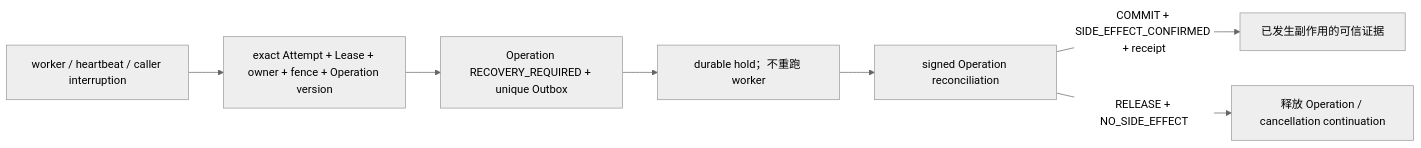
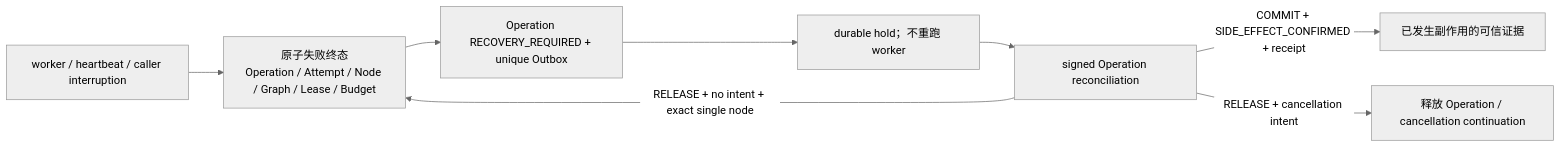
One commit to SakuraYoruno/Natsume_Ai changed the third of 23 diagrams in docs/50_project/arch/DATA_FLOW_ARCHITECTURE.md. Above: the diagram before and after it, drawn with Mermaid (neutral theme). The commit also changed other lines of this file and 26 other files, not shown here.

````diff
--- a/docs/50_project/arch/DATA_FLOW_ARCHITECTURE.md
+++ b/docs/50_project/arch/DATA_FLOW_ARCHITECTURE.md
@@ -57,9 +59,10 @@
 ```mermaid
 flowchart LR
     I["worker / heartbeat / caller interruption"] --> F["exact Attempt + Lease + owner + fence + Operation version"]
     F --> M["Operation RECOVERY_REQUIRED + unique Outbox"]
     M --> H["durable hold；不重跑 worker"]
     H --> S["signed Operation reconciliation"]
     S -->|COMMIT + SIDE_EFFECT_CONFIRMED + receipt| C["已发生副作用的可信证据"]
-    S -->|RELEASE + NO_SIDE_EFFECT| R["释放 Operation / cancellation continuation"]
+    S -->|RELEASE + cancellation intent| R["释放 Operation / cancellation continuation"]
+    S -->|RELEASE + no intent + exact single node| F["原子失败终态\nOperation / Attempt / Node / Graph / Lease / Budget"]
 ```
````
